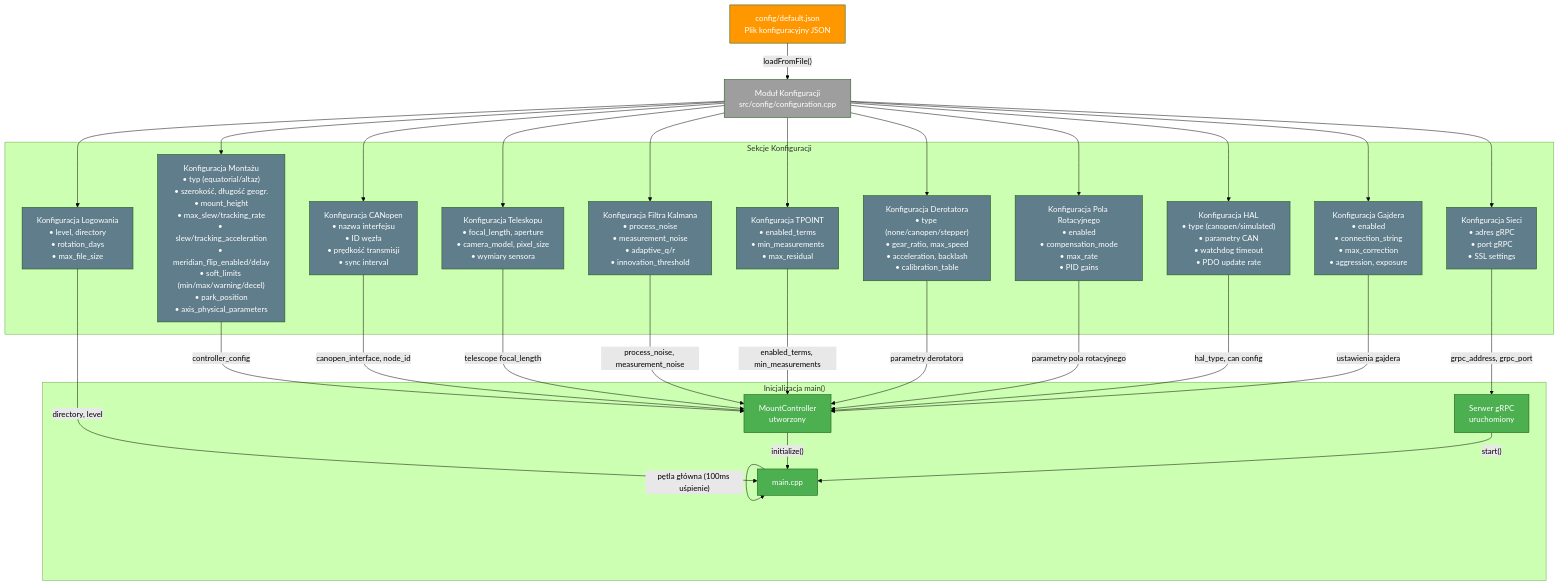
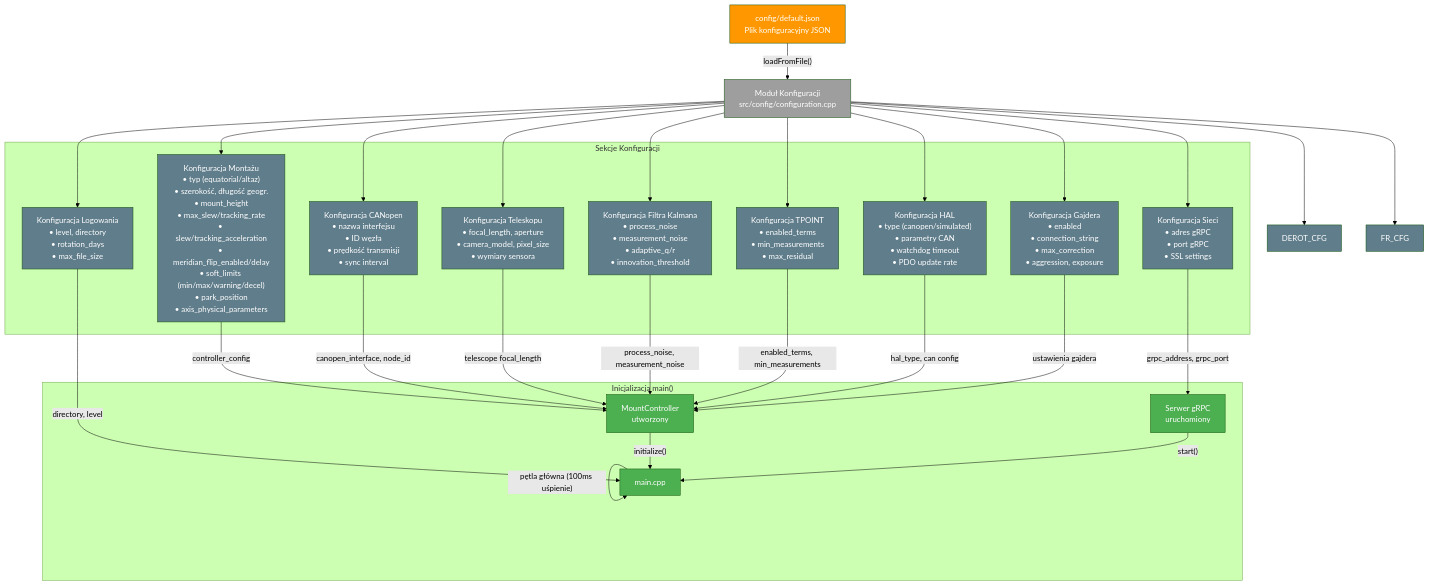
The eighth of 15 diagrams in docs/pl/przeplyw_danych.md (pielaszkiewicz-jacek/astro_mount_control), drawn with Mermaid (forest theme) before and after one commit. The commit also changed other lines of this file and 94 other files, not shown here.

````diff
--- a/docs/pl/przeplyw_danych.md
+++ b/docs/pl/przeplyw_danych.md
@@ -409,73 +408,69 @@
 ```mermaid
 flowchart TD
     FILE["config/default.json<br/>Plik konfiguracyjny JSON"]
     
     CFG["Moduł Konfiguracji<br/>src/config/configuration.cpp"]
     
     subgraph ConfigSections["Sekcje Konfiguracji"]
         MOUNT["Konfiguracja Montażu<br/>• typ (equatorial/altaz)<br/>• szerokość, długość geogr.<br/>• mount_height<br/>• max_slew/tracking_rate<br/>• slew/tracking_acceleration<br/>• meridian_flip_enabled/delay<br/>• soft_limits (min/max/warning/decel)<br/>• park_position<br/>• axis_physical_parameters"]
         CAN["Konfiguracja CANopen<br/>• nazwa interfejsu<br/>• ID węzła<br/>• prędkość transmisji<br/>• sync interval"]
         TEL_CFG["Konfiguracja Teleskopu<br/>• focal_length, aperture<br/>• camera_model, pixel_size<br/>• wymiary sensora"]
         KF_CFG["Konfiguracja Filtra Kalmana<br/>• process_noise<br/>• measurement_noise<br/>• adaptive_q/r<br/>• innovation_threshold"]
         TP_CFG["Konfiguracja TPOINT<br/>• enabled_terms<br/>• min_measurements<br/>• max_residual"]
-        DEROT_CFG["Konfiguracja Derotatora<br/>• type (none/canopen/stepper)<br/>• gear_ratio, max_speed<br/>• acceleration, backlash<br/>• calibration_table"]
-        FR_CFG["Konfiguracja Pola Rotacyjnego<br/>• enabled<br/>• compensation_mode<br/>• max_rate<br/>• PID gains"]
         HAL_CFG["Konfiguracja HAL<br/>• type (canopen/simulated)<br/>• parametry CAN<br/>• watchdog timeout<br/>• PDO update rate"]
         NET["Konfiguracja Sieci<br/>• adres gRPC<br/>• port gRPC<br/>• SSL settings"]
         GUID_CFG["Konfiguracja Gajdera<br/>• enabled<br/>• connection_string<br/>• max_correction<br/>• aggression, exposure"]
         LOG_CFG["Konfiguracja Logowania<br/>• level, directory<br/>• rotation_days<br/>• max_file_size"]
     end
     
     subgraph MainInit["Inicjalizacja main()"]
         MAIN["main.cpp"]
         CONTROLLER["MountController<br/>utworzony"]
         GRPC["Serwer gRPC<br/>uruchomiony"]
     end
     
     FILE -->|"loadFromFile()"| CFG
     
     CFG --> MOUNT
     CFG --> CAN
     CFG --> TEL_CFG
     CFG --> KF_CFG
     CFG --> TP_CFG
     CFG --> DEROT_CFG
     CFG --> FR_CFG
     CFG --> HAL_CFG
     CFG --> NET
     CFG --> GUID_CFG
     CFG --> LOG_CFG
     
     MOUNT -->|"controller_config"| CONTROLLER
     CAN -->|"canopen_interface, node_id"| CONTROLLER
     TEL_CFG -->|"telescope focal_length"| CONTROLLER
     KF_CFG -->|"process_noise, measurement_noise"| CONTROLLER
     TP_CFG -->|"enabled_terms, min_measurements"| CONTROLLER
-    DEROT_CFG -->|"parametry derotatora"| CONTROLLER
-    FR_CFG -->|"parametry pola rotacyjnego"| CONTROLLER
     HAL_CFG -->|"hal_type, can config"| CONTROLLER
     GUID_CFG -->|"ustawienia gajdera"| CONTROLLER
     NET -->|"grpc_address, grpc_port"| GRPC
     LOG_CFG -->|"directory, level"| MAIN
     
     CONTROLLER -->|"initialize()"| MAIN
     GRPC -->|"start()"| MAIN
     MAIN -->|"pętla główna (100ms uśpienie)"| MAIN
     
     style FILE fill:#FF9800,color:#fff
     style CFG fill:#9E9E9E,color:#fff
     style MOUNT fill:#607D8B,color:#fff
     style CAN fill:#607D8B,color:#fff
     style TEL_CFG fill:#607D8B,color:#fff
     style KF_CFG fill:#607D8B,color:#fff
     style TP_CFG fill:#607D8B,color:#fff
     style DEROT_CFG fill:#607D8B,color:#fff
     style FR_CFG fill:#607D8B,color:#fff
     style HAL_CFG fill:#607D8B,color:#fff
     style NET fill:#607D8B,color:#fff
     style GUID_CFG fill:#607D8B,color:#fff
     style LOG_CFG fill:#607D8B,color:#fff
     style MAIN fill:#4CAF50,color:#fff
     style CONTROLLER fill:#4CAF50,color:#fff
     style GRPC fill:#4CAF50,color:#fff
 ```
````
